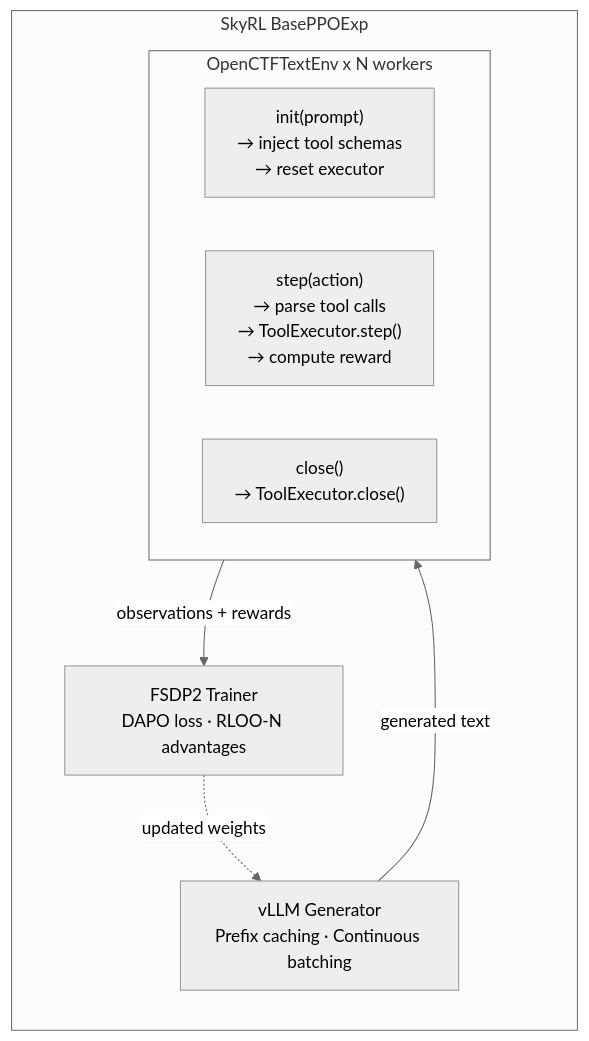
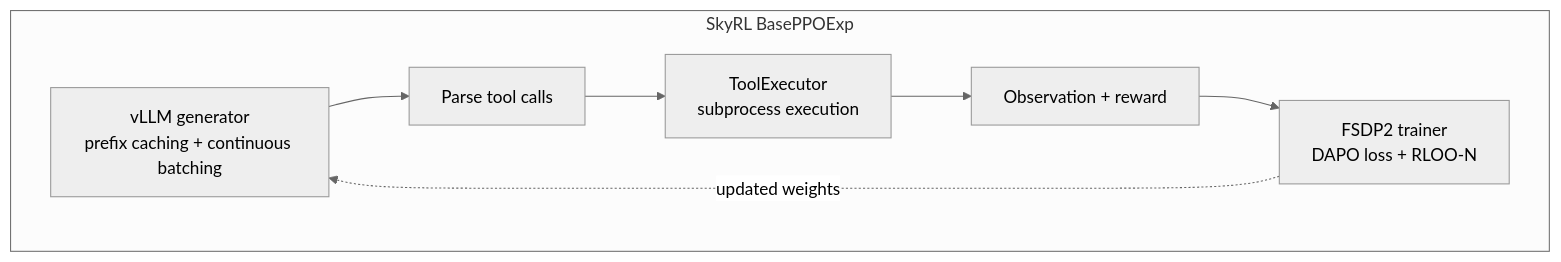
The third of 4 diagrams in docs/architecture.md (westonbrown/open-ctf-env), drawn with Mermaid (neutral theme) before and after one commit. The commit also changed other lines of this file and 2 other files, not shown here.

````diff
--- a/docs/architecture.md
+++ b/docs/architecture.md
@@ -147,16 +147,14 @@
 ```mermaid
-flowchart TB
+flowchart LR
     subgraph skyrl["SkyRL BasePPOExp"]
-        direction TB
-        vllm["vLLM Generator\nPrefix caching · Continuous batching"]
-        subgraph env["OpenCTFTextEnv x N workers"]
-            init["init(prompt)\n→ inject tool schemas\n→ reset executor"]
-            step["step(action)\n→ parse tool calls\n→ ToolExecutor.step()\n→ compute reward"]
-            close["close()\n→ ToolExecutor.close()"]
-        end
-        trainer["FSDP2 Trainer\nDAPO loss · RLOO-N advantages"]
+        direction LR
+        vllm["vLLM generator<br/>prefix caching + continuous batching"]
+        parse["Parse tool calls"]
+        exec["ToolExecutor<br/>subprocess execution"]
+        obs["Observation + reward"]
+        trainer["FSDP2 trainer<br/>DAPO loss + RLOO-N"]
+
+        vllm --> parse --> exec --> obs --> trainer
+        trainer -. "updated weights" .-> vllm
     end
-    vllm -->|"generated text"| env
-    env -->|"observations + rewards"| trainer
-    trainer -.->|"updated weights"| vllm
 ```
````
